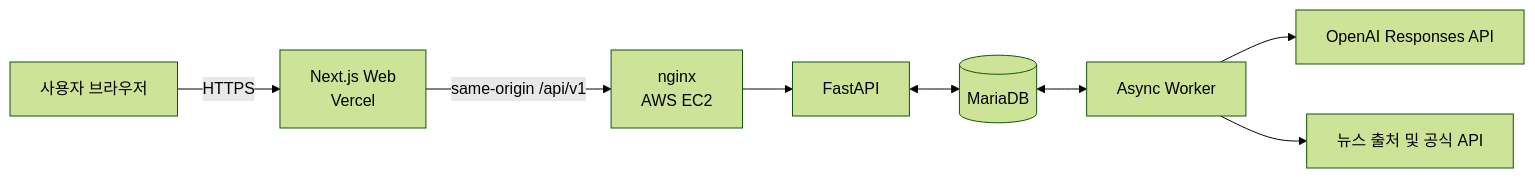
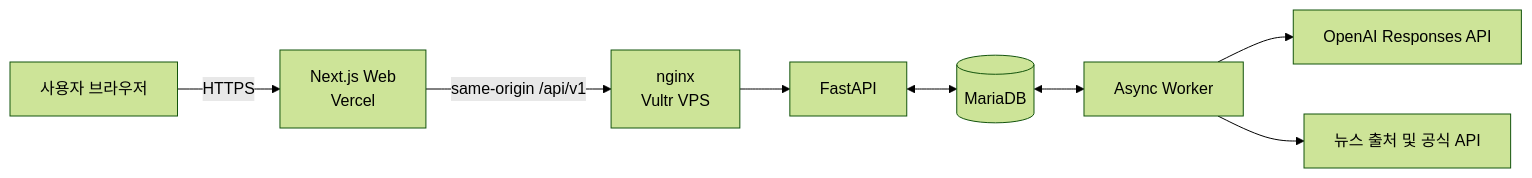
The diagram in README.md (cch-25/effica), drawn with Mermaid (forest theme) before and after one commit. The commit also changed other lines of this file and 11 other files, not shown here.

````diff
--- a/README.md
+++ b/README.md
@@ -67,10 +67,10 @@
 ```mermaid
 flowchart LR
     U[사용자 브라우저] -->|HTTPS| W[Next.js Web<br/>Vercel]
-    W -->|same-origin /api/v1| N[nginx<br/>AWS EC2]
+    W -->|same-origin /api/v1| N[nginx<br/>Vultr VPS]
     N --> A[FastAPI]
     A <--> D[(MariaDB)]
     D <--> Q[Async Worker]
     Q --> O[OpenAI Responses API]
     Q --> S[뉴스 출처 및 공식 API]
 ```
````
